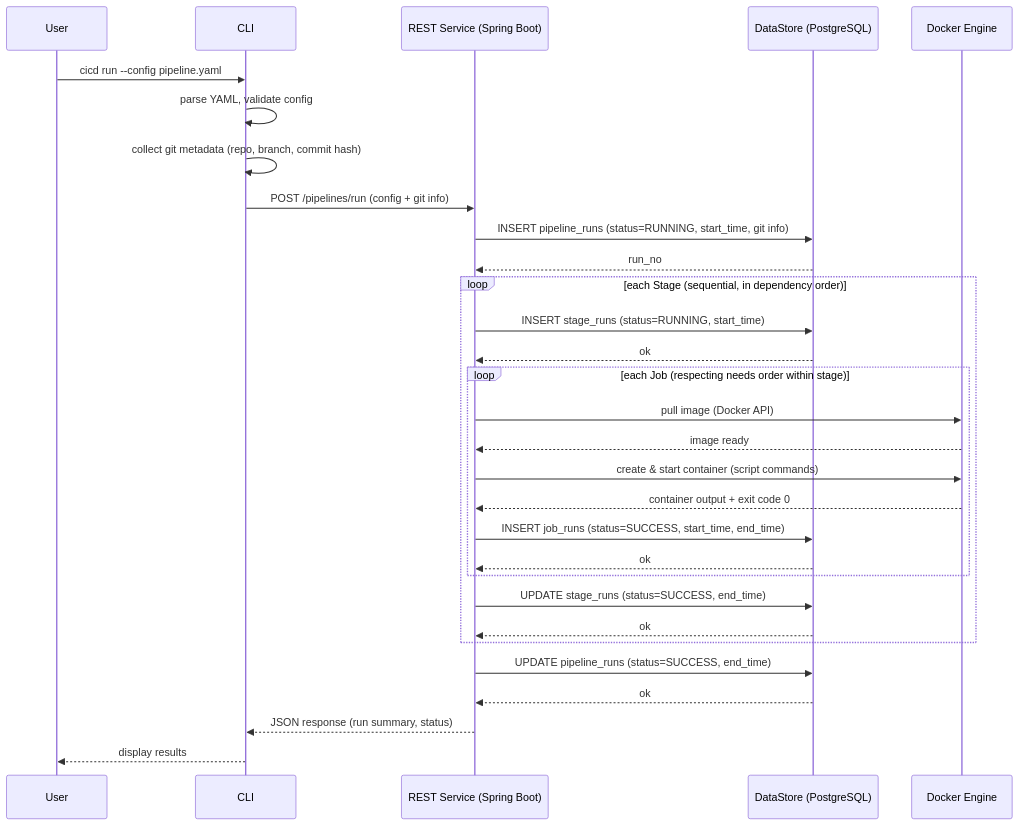
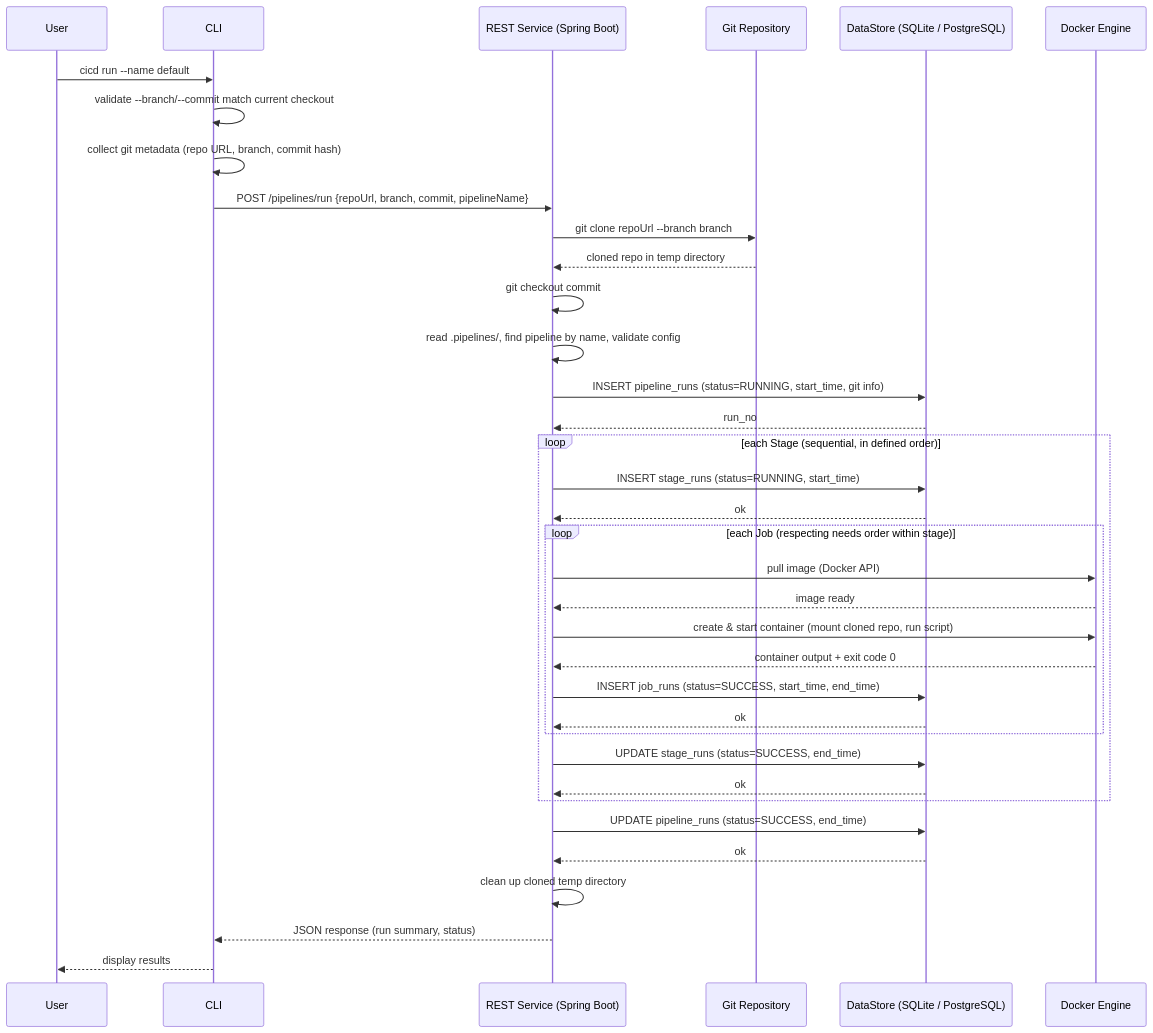
One commit to lietcooper/microservice-cicd-system changed the first of 2 diagrams in dev-docs/design/sequence-diagrams.md. Above: the diagram before and after it, drawn with Mermaid. The commit also changed other lines of this file and 2 other files, not shown here.

Commit message:
added remote validation and git repository component in designs and diagrams

````diff
--- a/dev-docs/design/sequence-diagrams.md
+++ b/dev-docs/design/sequence-diagrams.md
@@ -7,38 +7,45 @@
 ```mermaid
 sequenceDiagram
     participant User
     participant CLI
     participant REST as REST Service (Spring Boot)
-    participant DB as DataStore (PostgreSQL)
+    participant Git as Git Repository
+    participant DB as DataStore (SQLite / PostgreSQL)
     participant Docker as Docker Engine
 
-    User->>CLI: cicd run --config pipeline.yaml
-    CLI->>CLI: parse YAML, validate config
-    CLI->>CLI: collect git metadata (repo, branch, commit hash)
-    CLI->>REST: POST /pipelines/run (config + git info)
+    User->>CLI: cicd run --name default
+    CLI->>CLI: validate --branch/--commit match current checkout
+    CLI->>CLI: collect git metadata (repo URL, branch, commit hash)
+    CLI->>REST: POST /pipelines/run {repoUrl, branch, commit, pipelineName}
+
+    REST->>Git: git clone repoUrl --branch branch
+    Git-->>REST: cloned repo in temp directory
+    REST->>REST: git checkout commit
+    REST->>REST: read .pipelines/, find pipeline by name, validate config
 
     REST->>DB: INSERT pipeline_runs (status=RUNNING, start_time, git info)
     DB-->>REST: run_no
 
-    loop each Stage (sequential, in dependency order)
+    loop each Stage (sequential, in defined order)
         REST->>DB: INSERT stage_runs (status=RUNNING, start_time)
         DB-->>REST: ok
 
         loop each Job (respecting needs order within stage)
             REST->>Docker: pull image (Docker API)
             Docker-->>REST: image ready
-            REST->>Docker: create & start container (script commands)
+            REST->>Docker: create & start container (mount cloned repo, run script)
             Docker-->>REST: container output + exit code 0
             REST->>DB: INSERT job_runs (status=SUCCESS, start_time, end_time)
             DB-->>REST: ok
         end
 
         REST->>DB: UPDATE stage_runs (status=SUCCESS, end_time)
         DB-->>REST: ok
     end
 
     REST->>DB: UPDATE pipeline_runs (status=SUCCESS, end_time)
     DB-->>REST: ok
+    REST->>REST: clean up cloned temp directory
     REST-->>CLI: JSON response (run summary, status)
     CLI-->>User: display results
 ```
````
